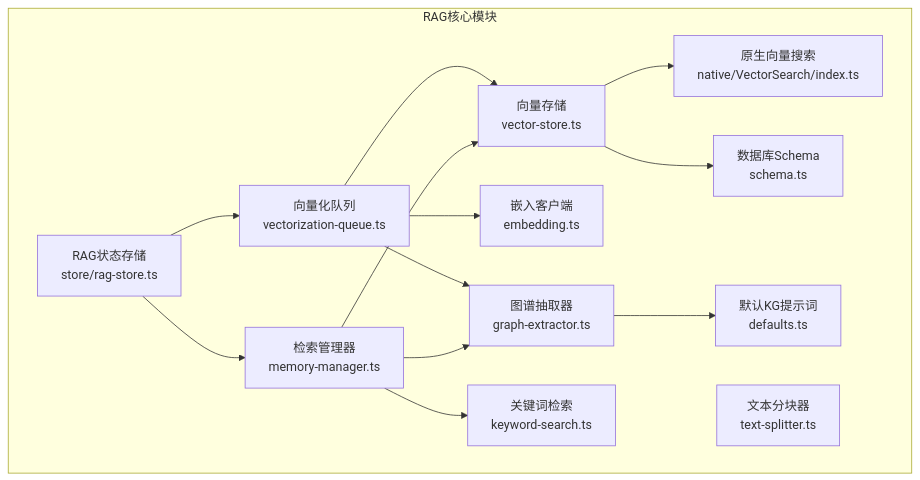
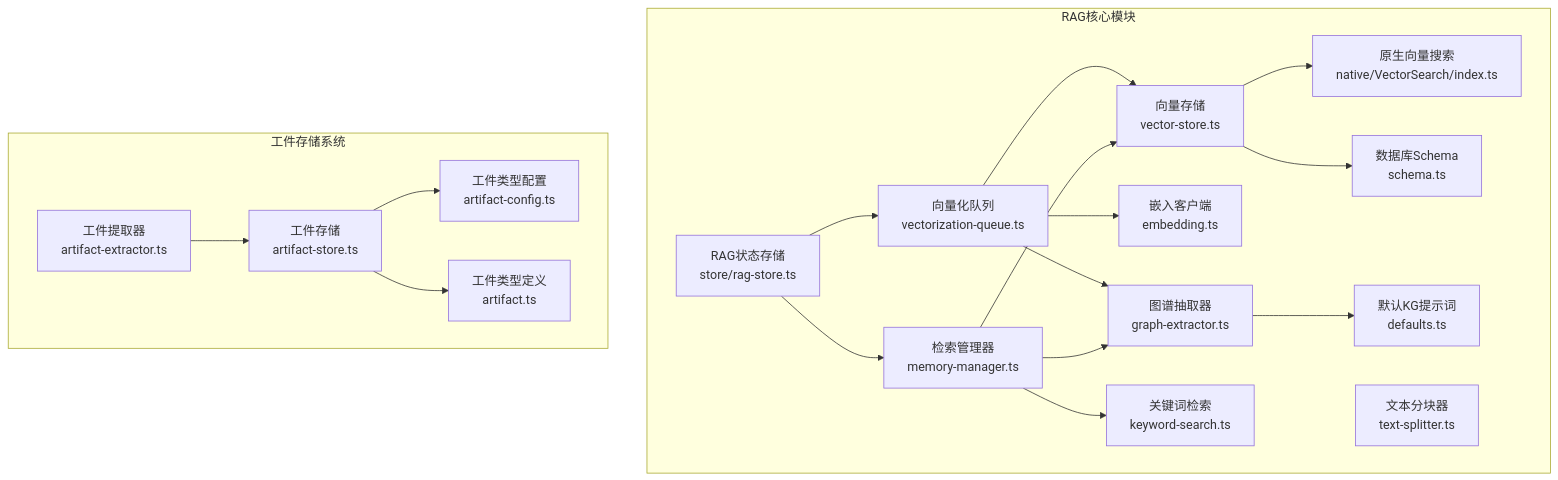
The first of 12 diagrams in .qoder/repowiki/zh/content/RAG知识引擎/RAG知识引擎.md (NarcisWL/Nexara), drawn with Mermaid before and after one commit. The commit also changed other lines of this file and 43 other files, not shown here.

Commit message:
feat(rag): implement KG JIT Micro-Graph pipeline and consolidate documentation

````diff
--- a/.qoder/repowiki/zh/content/RAG知识引擎/RAG知识引擎.md
+++ b/.qoder/repowiki/zh/content/RAG知识引擎/RAG知识引擎.md
@@ -36,27 +53,36 @@
 ```mermaid
 graph TB
 subgraph "RAG核心模块"
 VS["向量存储<br/>vector-store.ts"]
 VQ["向量化队列<br/>vectorization-queue.ts"]
 MM["检索管理器<br/>memory-manager.ts"]
 KS["关键词检索<br/>keyword-search.ts"]
 GE["图谱抽取器<br/>graph-extractor.ts"]
 EC["嵌入客户端<br/>embedding.ts"]
 TS["文本分块器<br/>text-splitter.ts"]
 SC["数据库Schema<br/>schema.ts"]
 NS["原生向量搜索<br/>native/VectorSearch/index.ts"]
 RS["RAG状态存储<br/>store/rag-store.ts"]
 DF["默认KG提示词<br/>defaults.ts"]
 end
+subgraph "工件存储系统"
+AC["工件类型配置<br/>artifact-config.ts"]
+AS["工件存储<br/>artifact-store.ts"]
+AT["工件类型定义<br/>artifact.ts"]
+AE["工件提取器<br/>artifact-extractor.ts"]
+end
 VQ --> VS
 VQ --> EC
 VQ --> GE
 MM --> VS
 MM --> KS
 MM --> GE
 VS --> NS
 VS --> SC
 GE --> DF
 RS --> VQ
 RS --> MM
+AS --> AC
+AS --> AT
+AE --> AS
 ```
````
